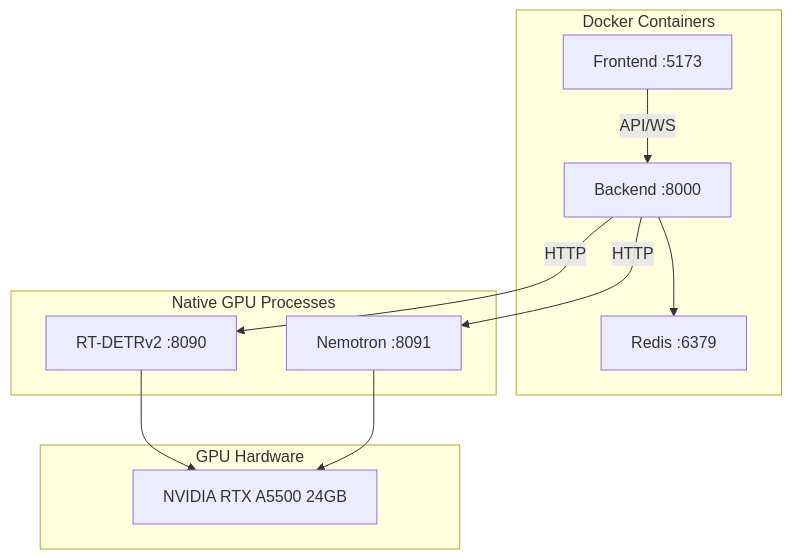
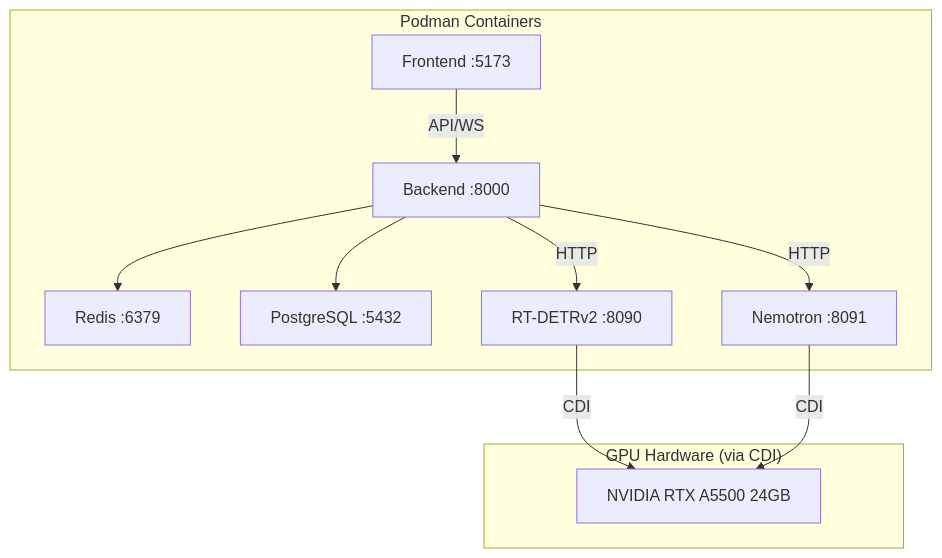
One commit to mikesvoboda/nemotron-v3-home-security-intelligence changed the second of 3 diagrams in docs/architecture/decisions.md. Above: the diagram before and after it, drawn with Mermaid. The commit also changed other lines of this file and 14 other files, not shown here.

First line of the commit message:
docs: update deployment architecture + optimize Nemotron GPU config (#61)

````diff
--- a/docs/architecture/decisions.md
+++ b/docs/architecture/decisions.md
@@ -264,24 +269,23 @@
 ```mermaid
 flowchart TB
-    subgraph Docker["Docker Containers"]
+    subgraph Podman["Podman Containers"]
         FE[Frontend :5173]
         BE[Backend :8000]
         RD[Redis :6379]
-    end
-
-    subgraph Native["Native GPU Processes"]
+        PG[PostgreSQL :5432]
         DET[RT-DETRv2 :8090]
         LLM[Nemotron :8091]
     end
 
-    subgraph Hardware["GPU Hardware"]
+    subgraph Hardware["GPU Hardware (via CDI)"]
         GPU[NVIDIA RTX A5500 24GB]
     end
 
     BE -->|HTTP| DET
     BE -->|HTTP| LLM
-    DET --> GPU
-    LLM --> GPU
+    DET -->|CDI| GPU
+    LLM -->|CDI| GPU
     FE -->|API/WS| BE
     BE --> RD
+    BE --> PG
 ```
````
